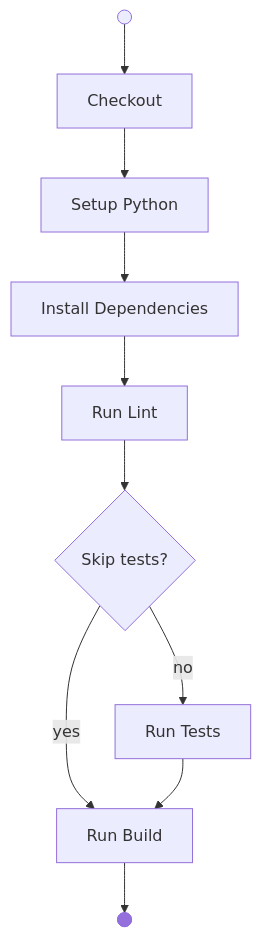
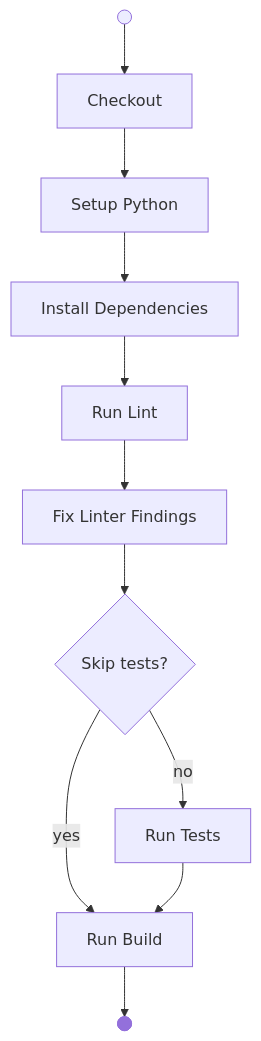
One commit to miguelanruiz/workshop-github-actions changed the first of 2 diagrams in docs/workshop/2-setup-example-project.md. Above: the diagram before and after it, drawn with Mermaid. The commit also changed other lines of this file, not shown here.

````diff
--- a/docs/workshop/2-setup-example-project.md
+++ b/docs/workshop/2-setup-example-project.md
@@ -117,16 +117,18 @@
 ```mermaid
 flowchart TD
     n1["Small Circle"] --> A["Checkout"]
     A --> D["Setup Python"]
     D --> E["Install Dependencies"]
     E --> F["Run Lint"]
     n2["Skip tests?"] -- yes --> n3["Run Build"]
     n2 -- no --> n4["Run Tests"]
-    F --> n2
     n4 --> n3
     n3 --> n5["Filled Circle"]
+    F --> n6["Fix Linter Findings"]
+    n6 --> n2
 
     n1@{ shape: sm-circ}
     n2@{ shape: diam}
     n5@{ shape: f-circ}
+    n6@{ shape: rect}
 ```
````
